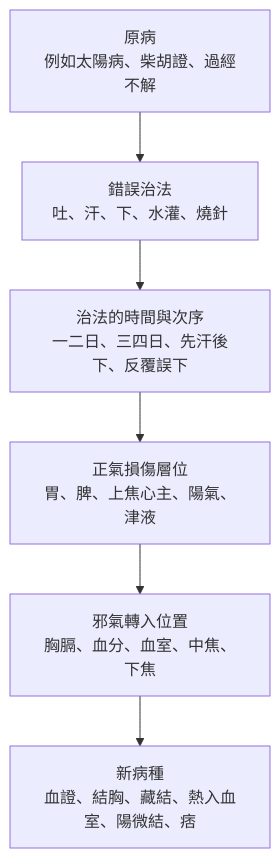
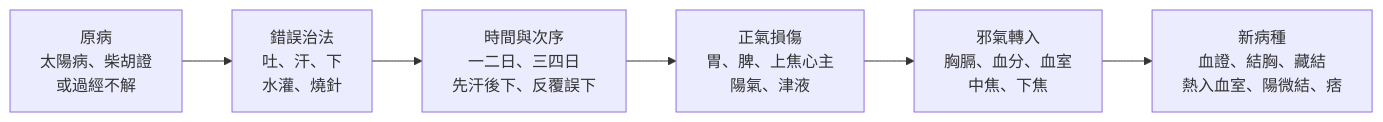
One commit to ZaraLcy/shanghanlun-juan3-review changed the first of 3 diagrams in 01.qmd. Above: the diagram before and after it, drawn with Mermaid. The commit also changed other lines of this file and 4 other files, not shown here.

````diff
--- a/01.qmd
+++ b/01.qmd
@@ -9,8 +9,8 @@
 ```{mermaid}
-flowchart TD
-  A["原病<br/>例如太陽病、柴胡證、過經不解"] --> B["錯誤治法<br/>吐、汗、下、水灌、燒針"]
-  B --> C["治法的時間與次序<br/>一二日、三四日、先汗後下、反覆誤下"]
-  C --> D["正氣損傷層位<br/>胃、脾、上焦心主、陽氣、津液"]
-  D --> E["邪氣轉入位置<br/>胸膈、血分、血室、中焦、下焦"]
-  E --> F["新病種<br/>血證、結胸、藏結、熱入血室、陽微結、痞"]
+flowchart LR
+  A["原病<br/>太陽病、柴胡證<br/>或過經不解"] --> B["錯誤治法<br/>吐、汗、下<br/>水灌、燒針"]
+  B --> C["時間與次序<br/>一二日、三四日<br/>先汗後下、反覆誤下"]
+  C --> D["正氣損傷<br/>胃、脾、上焦心主<br/>陽氣、津液"]
+  D --> E["邪氣轉入<br/>胸膈、血分、血室<br/>中焦、下焦"]
+  E --> F["新病種<br/>血證、結胸、藏結<br/>熱入血室、陽微結、痞"]
 ```
````
